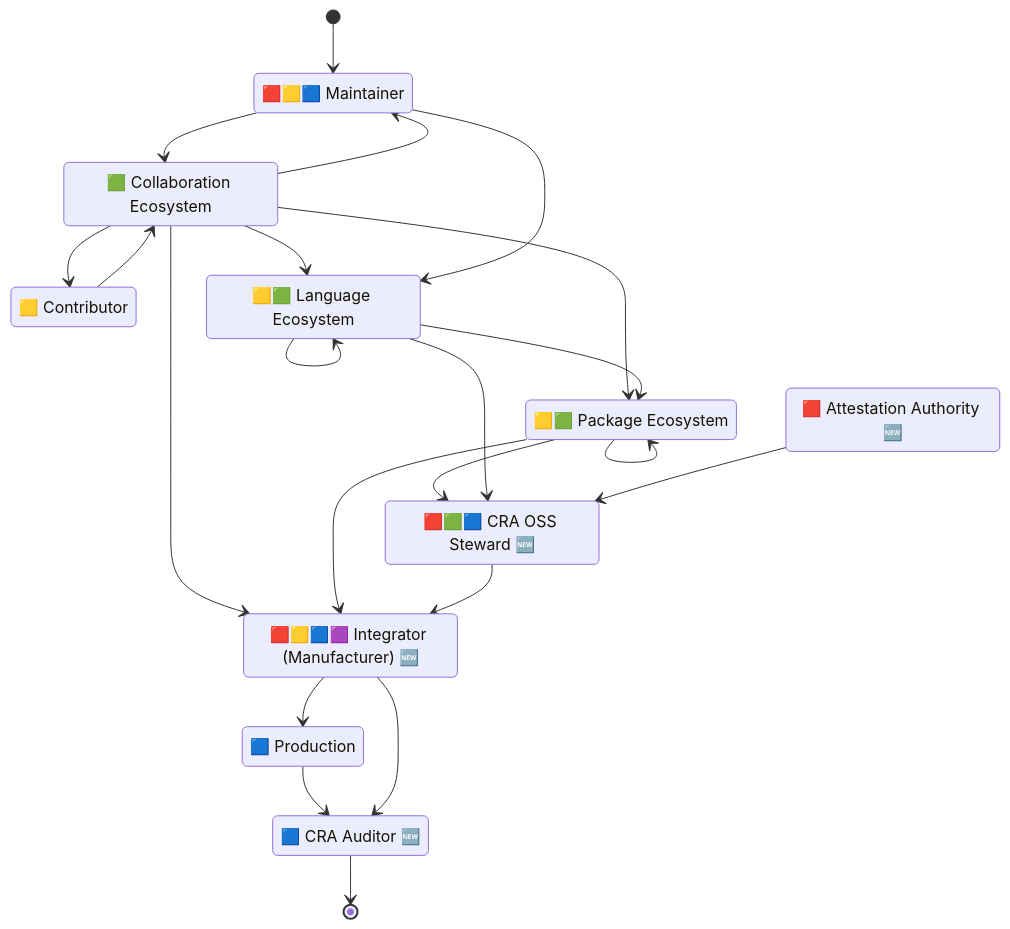
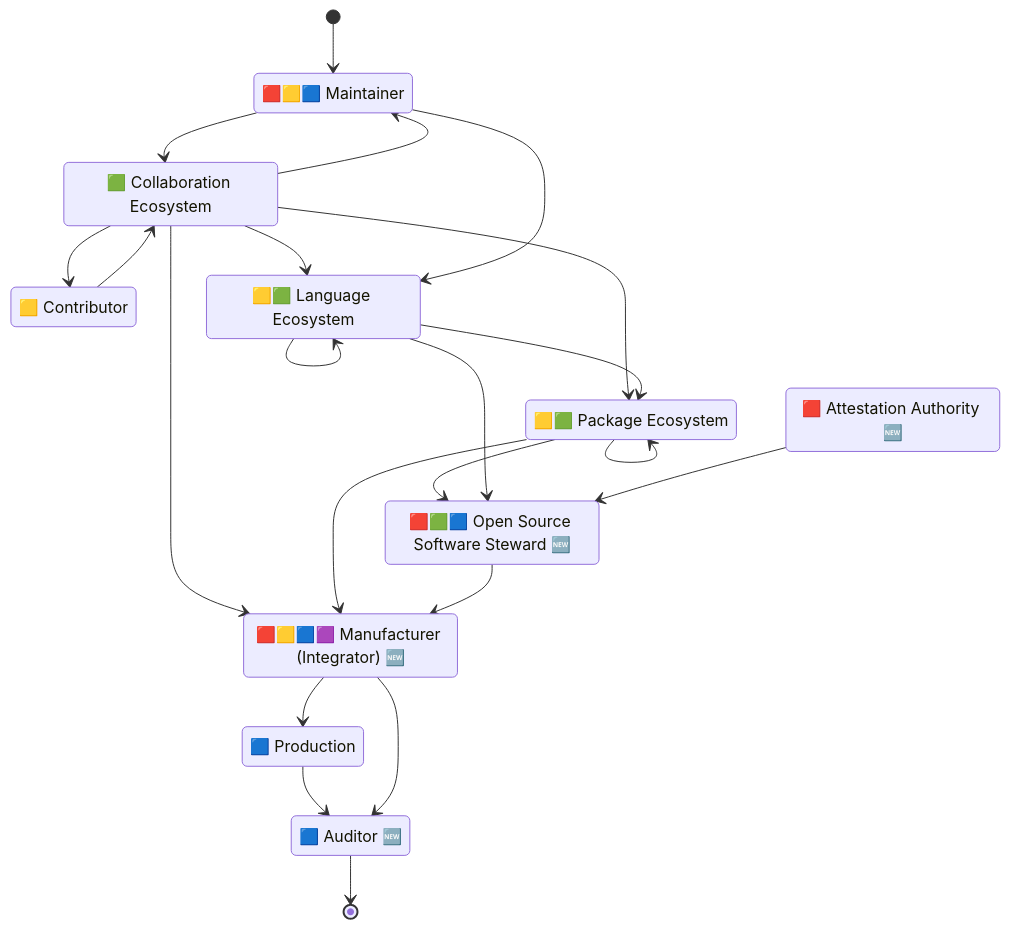
One commit to CPAN-Security/security.metacpan.org changed the second of 3 diagrams in docs/supplychain-sbom.md. Above: the diagram before and after it, drawn with Mermaid. The commit also changed other lines of this file and 1 other file, not shown here.

Commit message:
Better clarification of CRA Attributes; Undo shortening of 'CRA OSS Steward'; Point out that 'Supplier' isn't a good term to use; Other minor tweaks

````diff
--- a/docs/supplychain-sbom.md
+++ b/docs/supplychain-sbom.md
@@ -130,45 +118,45 @@
 ```mermaid
 stateDiagram-v2
     direction TB
 
     state "🟥🟨🟦 Maintainer" as environment_maintainer
     state "🟨 Contributor" as environment_contributor
     state "🟩 Collaboration Ecosystem" as ecosystem_repo
     state "🟨🟩 Language Ecosystem" as ecosystem_lang
     state "🟨🟩 Package Ecosystem" as ecosystem_package
     state "🟥 Attestation Authority 🆕" as authority_attestation
-    state "🟥🟩🟦 CRA OSS Steward 🆕" as ecosystem_steward
+    state "🟥🟩🟦 Open Source Software Steward 🆕" as ecosystem_steward
     %%state "🟩 Delivery Network" as network_distributor
-    state "🟥🟨🟦🟪 Integrator (Manufacturer) 🆕" as environment_manufacturer
+    state "🟥🟨🟦🟪 Manufacturer (Integrator) 🆕" as environment_manufacturer
     state "🟦 Production" as environment_prod
-    state "🟦 CRA Auditor 🆕" as authority_auditor
+    state "🟦 Auditor 🆕" as authority_auditor
 
     [*]                      --> environment_maintainer
     ecosystem_repo           --> environment_maintainer
     ecosystem_repo           --> environment_contributor
     ecosystem_repo           --> ecosystem_package
     ecosystem_repo           --> ecosystem_lang
     ecosystem_repo           --> environment_manufacturer
     environment_maintainer   --> ecosystem_repo
     environment_maintainer   --> ecosystem_lang
     environment_contributor  --> ecosystem_repo
     ecosystem_lang           --> ecosystem_lang
     %%environment_maintainer   --> network_distributor
     %%ecosystem_lang           --> network_distributor
     %%ecosystem_package        --> network_distributor
     ecosystem_lang           --> ecosystem_package
     ecosystem_package        --> ecosystem_package
     ecosystem_package        --> ecosystem_steward
     ecosystem_lang           --> ecosystem_steward
     authority_attestation    --> ecosystem_steward
     %%network_distributor      --> environment_manufacturer
     ecosystem_package        --> environment_manufacturer
     ecosystem_steward        --> environment_manufacturer
     environment_manufacturer --> environment_prod
     environment_prod         --> authority_auditor
     environment_manufacturer --> authority_auditor
     authority_auditor        --> [*]
 
     %% Copyright © 2024 Salve J. Nilsen <sjn@oslo.pm>
     %% Some rights reserved. Licensed CC-BY-SA-4.0
 ```
````
